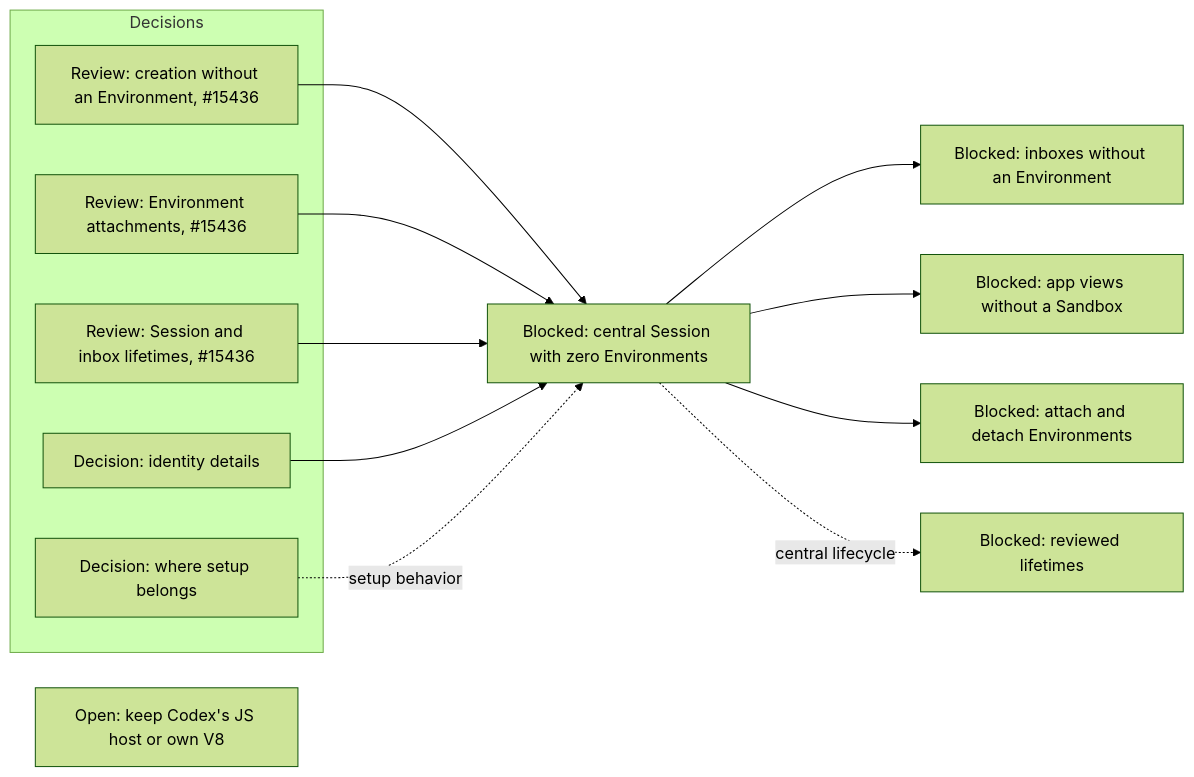
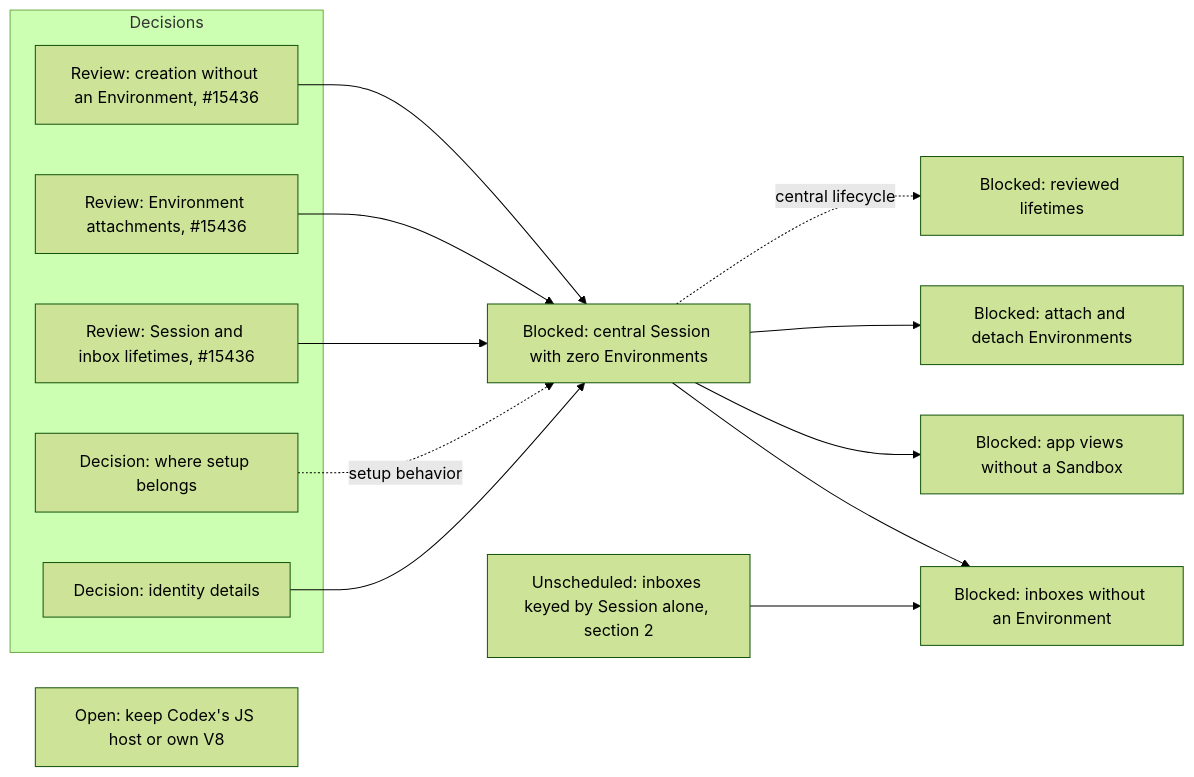
One commit to agentydragon/ducktape changed the second of 20 diagrams in agentplane/plans/task_dag.md. Above: the diagram before and after it, drawn with Mermaid (forest theme). The commit also changed other lines of this file and 1 other file, not shown here.

First line of the commit message:
Track keying inboxes by Session alone in the task DAG

````diff
--- a/agentplane/plans/task_dag.md
+++ b/agentplane/plans/task_dag.md
@@ -237,21 +238,22 @@
 ```mermaid
 flowchart LR
     subgraph DECIDE[Decisions]
         CENTRAL_SESSION_CREATION_CONTRACT[Review: creation without an Environment, #15436]
         SESSION_ATTACHMENT_CONTRACT[Review: Environment attachments, #15436]
         SESSION_AND_INBOX_LIFETIME[Review: Session and inbox lifetimes, #15436]
         SESSION_ENVIRONMENT_SETUP_DESIGN[Decision: where setup belongs]
         SESSION_IDENTITY_CONTRACT[Decision: identity details]
     end
     CENTRAL_SESSION_WITHOUT_ENVIRONMENT[Blocked: central Session with zero Environments]
     CODE_MODE_HOST_DESIGN[Open: keep Codex's JS host or own V8]
     CENTRAL_SESSION_CREATION_CONTRACT --> CENTRAL_SESSION_WITHOUT_ENVIRONMENT
     SESSION_ATTACHMENT_CONTRACT --> CENTRAL_SESSION_WITHOUT_ENVIRONMENT
     SESSION_AND_INBOX_LIFETIME --> CENTRAL_SESSION_WITHOUT_ENVIRONMENT
     SESSION_IDENTITY_CONTRACT --> CENTRAL_SESSION_WITHOUT_ENVIRONMENT
     SESSION_ENVIRONMENT_SETUP_DESIGN -. setup behavior .-> CENTRAL_SESSION_WITHOUT_ENVIRONMENT
     CENTRAL_SESSION_WITHOUT_ENVIRONMENT --> CENTRAL_SESSION_NOTIFICATIONS[Blocked: inboxes without an Environment]
+    INBOX_SESSION_KEYING[Unscheduled: inboxes keyed by Session alone, section 2] --> CENTRAL_SESSION_NOTIFICATIONS
     CENTRAL_SESSION_WITHOUT_ENVIRONMENT --> SESSION_HISTORY_PRESENTATION[Blocked: app views without a Sandbox]
     CENTRAL_SESSION_WITHOUT_ENVIRONMENT --> SESSION_ENV_ATTACHMENTS[Blocked: attach and detach Environments]
     CENTRAL_SESSION_WITHOUT_ENVIRONMENT -. central lifecycle .-> SESSION_LIFETIME_IMPLEMENTATION[Blocked: reviewed lifetimes]
 ```
````
